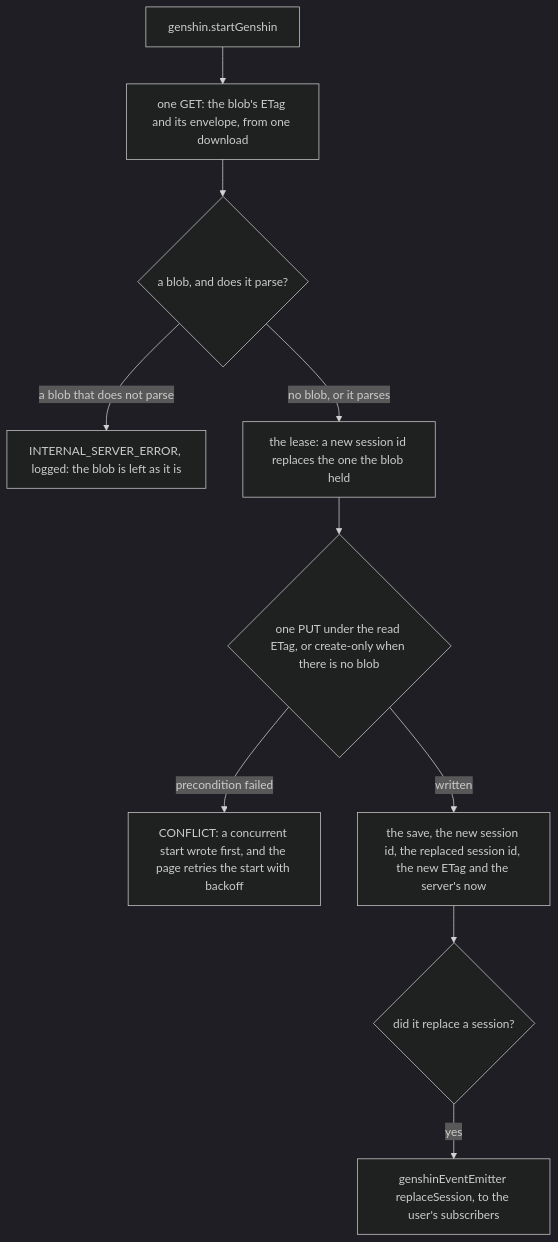
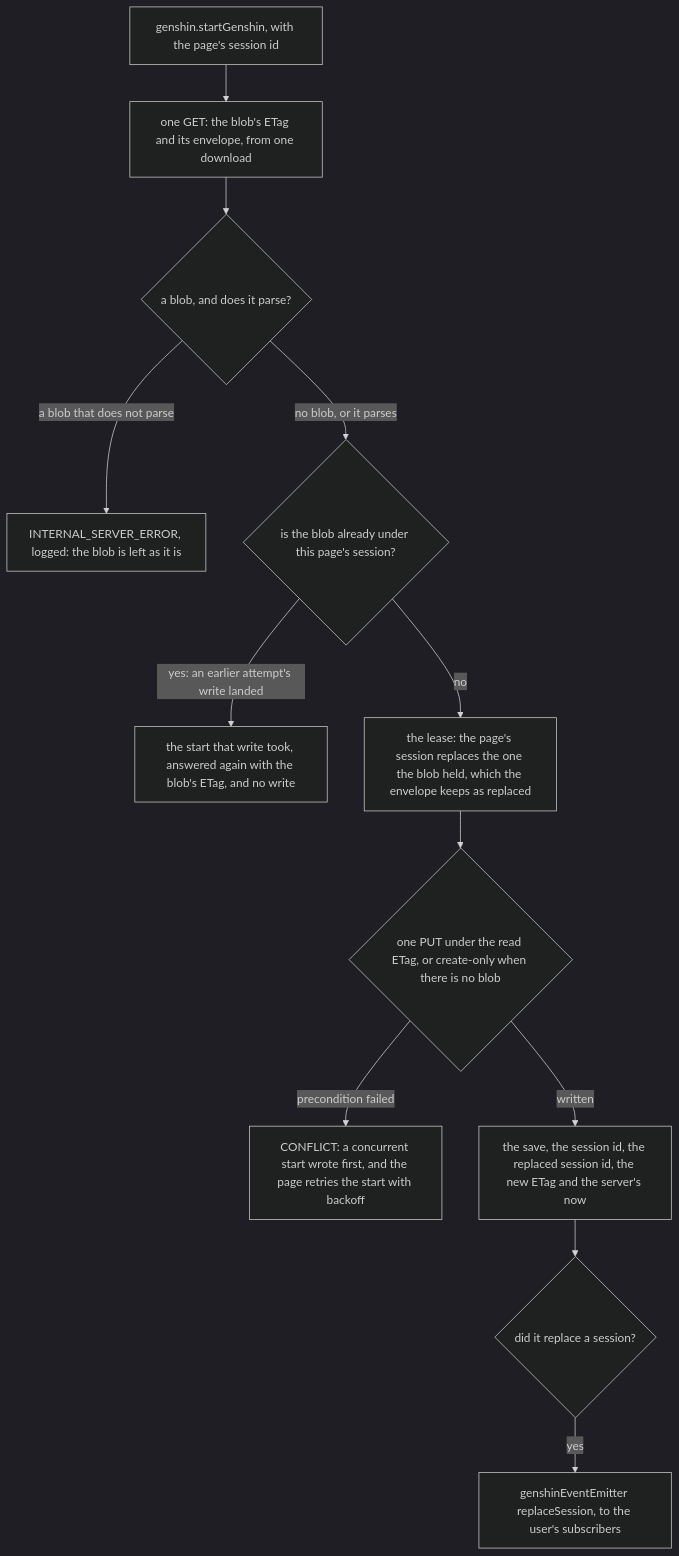
Before and after one commit to Esposter/Esposter: the first of 4 diagrams in apps/web/content/docs/genshin/save-data.md, drawn with Mermaid (dark theme). The commit also changed other lines of this file and 1 other file, not shown here.

First line of the commit message:
docs(genshin): the save data page says a start retried by its page answers the start it took, and the journal is written with each save before it is sent and read back as the start answers, and serialization names the shared parse

````diff
--- a/apps/web/content/docs/genshin/save-data.md
+++ b/apps/web/content/docs/genshin/save-data.md
@@ -36,12 +36,14 @@
 ```mermaid
 flowchart TD
-  S["genshin.startGenshin"] --> R["one GET: the blob's ETag and its envelope, from one download"]
+  S["genshin.startGenshin, with the page's session id"] --> R["one GET: the blob's ETag and its envelope, from one download"]
   R --> P{"a blob, and does it parse?"}
   P -->|"a blob that does not parse"| X0["INTERNAL_SERVER_ERROR, logged: the blob is left as it is"]
-  P -->|"no blob, or it parses"| L["the lease: a new session id replaces the one the blob held"]
+  P -->|"no blob, or it parses"| Q{"is the blob already under this page's session?"}
+  Q -->|"yes: an earlier attempt's write landed"| A["the start that write took, answered again with the blob's ETag, and no write"]
+  Q -->|"no"| L["the lease: the page's session replaces the one the blob held, which the envelope keeps as replaced"]
   L --> W{"one PUT under the read ETag, or create-only when there is no blob"}
   W -->|"precondition failed"| X["CONFLICT: a concurrent start wrote first, and the page retries the start with backoff"]
-  W -->|"written"| O["the save, the new session id, the replaced session id, the new ETag and the server's now"]
+  W -->|"written"| O["the save, the session id, the replaced session id, the new ETag and the server's now"]
   O --> E{"did it replace a session?"}
   E -->|"yes"| N["genshinEventEmitter replaceSession, to the user's subscribers"]
 ```
````
